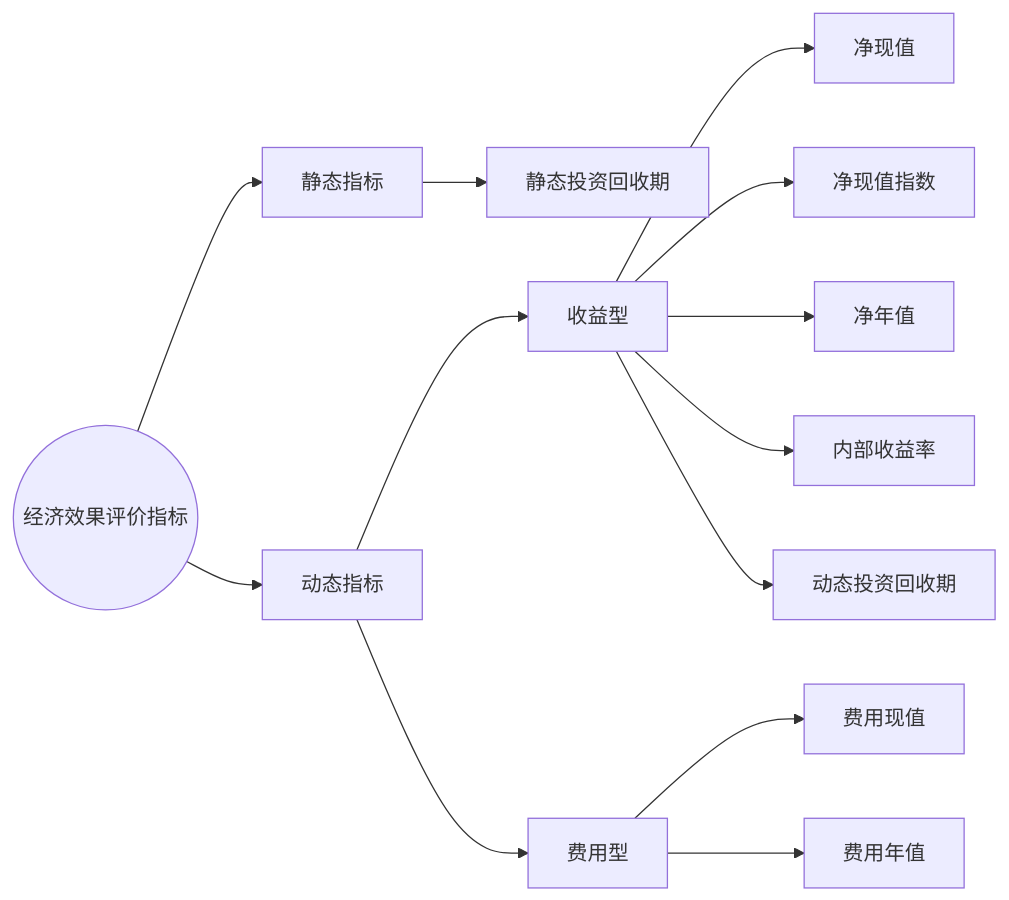
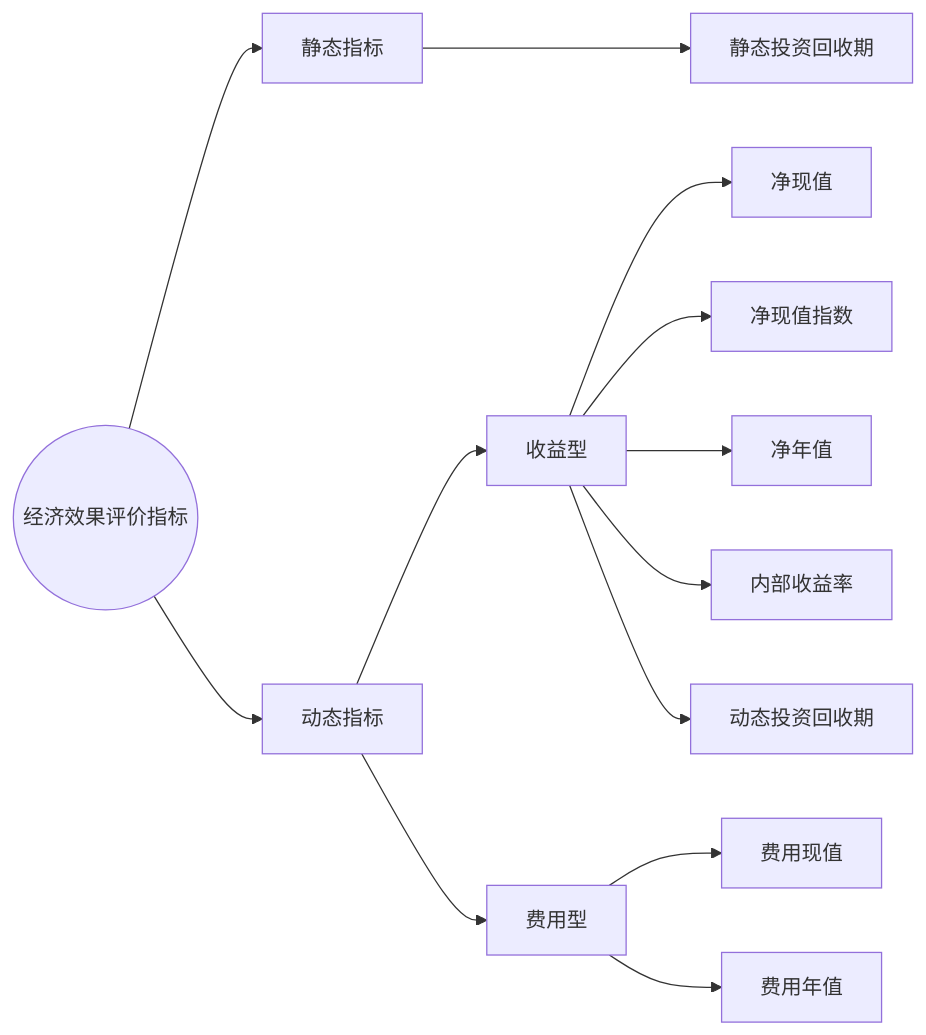
The diagram in src/site/notes/经济效果评价指标.md (UNLINEARITY/Learn-Everything), drawn with Mermaid before and after one commit. The commit also changed other lines of this file, not shown here.

Commit message:
Update content src/site/notes/经济效果评价指标.md

````diff
--- a/src/site/notes/经济效果评价指标.md
+++ b/src/site/notes/经济效果评价指标.md
@@ -6,8 +6,8 @@
 ```mermaid
 graph LR
 id1((经济效果评价指标)) --> 静态指标 & 动态指标
-静态指标 --> 静态投资回收期
+静态指标 ---> 静态投资回收期
 动态指标 --> 收益型 & 费用型
 收益型 --> 净现值 & 净现值指数 & 净年值 & 内部收益率 & 动态投资回收期		
 费用型 --> 费用现值 & 费用年值
 ```
````
